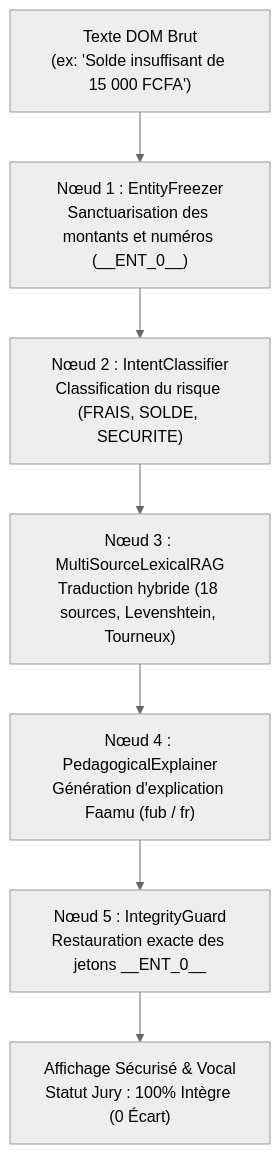
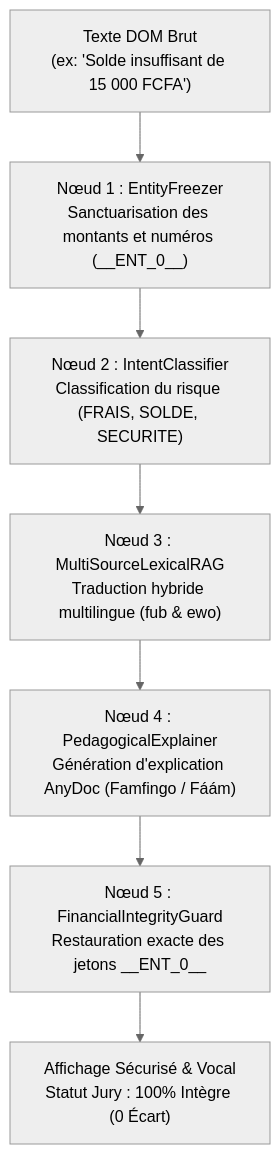
The diagram in README.md (MERLO-arm/MALOBA-SAFINUM), drawn with Mermaid (neutral theme) before and after one commit. The commit also changed other lines of this file and 12 other files, not shown here.

First line of the commit message:
feat(multilingual): generalize multilingual architecture with Ewondo & future N-languages support

````diff
--- a/README.md
+++ b/README.md
@@ -61,9 +68,9 @@
 ```mermaid
 flowchart TD
     A["Texte DOM Brut\n(ex: 'Solde insuffisant de 15 000 FCFA')"] --> B["Nœud 1 : EntityFreezer\nSanctuarisation des montants et numéros (__ENT_0__)"]
     B --> C["Nœud 2 : IntentClassifier\nClassification du risque (FRAIS, SOLDE, SECURITE)"]
-    C --> D["Nœud 3 : MultiSourceLexicalRAG\nTraduction hybride (18 sources, Levenshtein, Tourneux)"]
-    D --> E["Nœud 4 : PedagogicalExplainer\nGénération d'explication Faamu (fub / fr)"]
-    E --> F["Nœud 5 : IntegrityGuard\nRestauration exacte des jetons __ENT_0__"]
+    C --> D["Nœud 3 : MultiSourceLexicalRAG\nTraduction hybride multilingue (fub & ewo)"]
+    D --> E["Nœud 4 : PedagogicalExplainer\nGénération d'explication AnyDoc (Famfingo / Fáám)"]
+    E --> F["Nœud 5 : FinancialIntegrityGuard\nRestauration exacte des jetons __ENT_0__"]
     F --> G["Affichage Sécurisé & Vocal\nStatut Jury : 100% Intègre (0 Écart)"]
 ```
````
